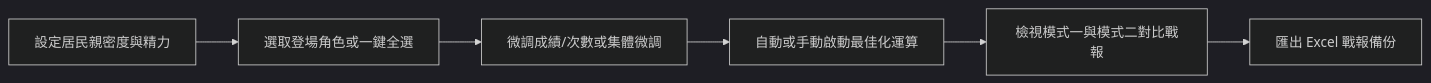
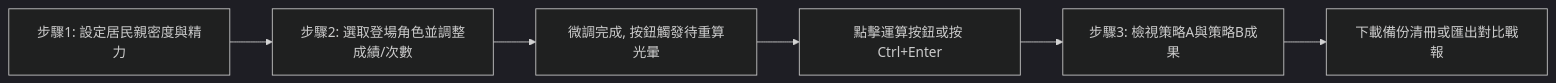
The diagram in README.md (koeissr/SuperPrincipal), drawn with Mermaid (dark theme) before and after one commit. The commit also changed other lines of this file and 5 other files, not shown here.

````diff
--- a/README.md
+++ b/README.md
@@ -76,8 +92,8 @@
 ```mermaid
 graph LR
-    A[設定居民親密度與精力] --> B[選取登場角色或一鍵全選]
-    B --> C[微調成績/次數或集體微調]
-    C --> D[自動或手動啟動最佳化運算]
-    D --> E[檢視模式一與模式二對比戰報]
-    E --> F[匯出 Excel 戰報備份]
+    A[步驟1: 設定居民親密度與精力] --> B[步驟2: 選取登場角色並調整成績/次數]
+    B --> C[微調完成, 按鈕觸發待重算光暈]
+    C --> D[點擊運算按鈕或按 Ctrl+Enter]
+    D --> E[步驟3: 檢視策略A與策略B成果]
+    E --> F[下載備份清冊或匯出對比戰報]
 ```
````
